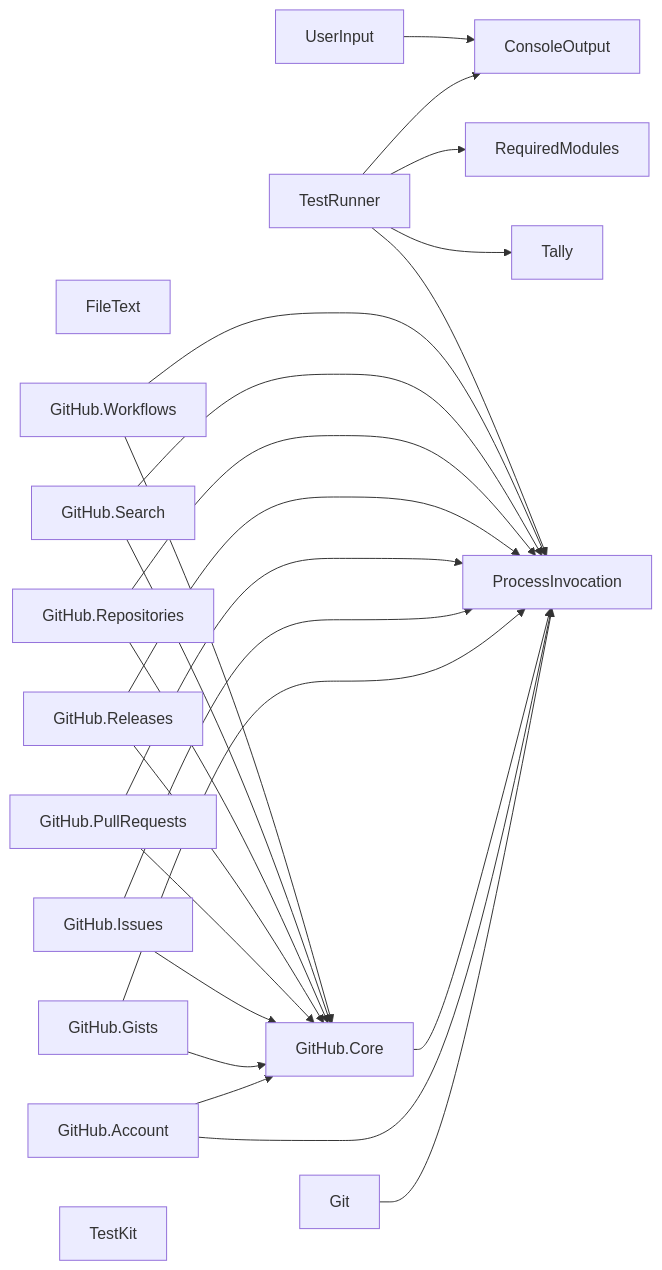
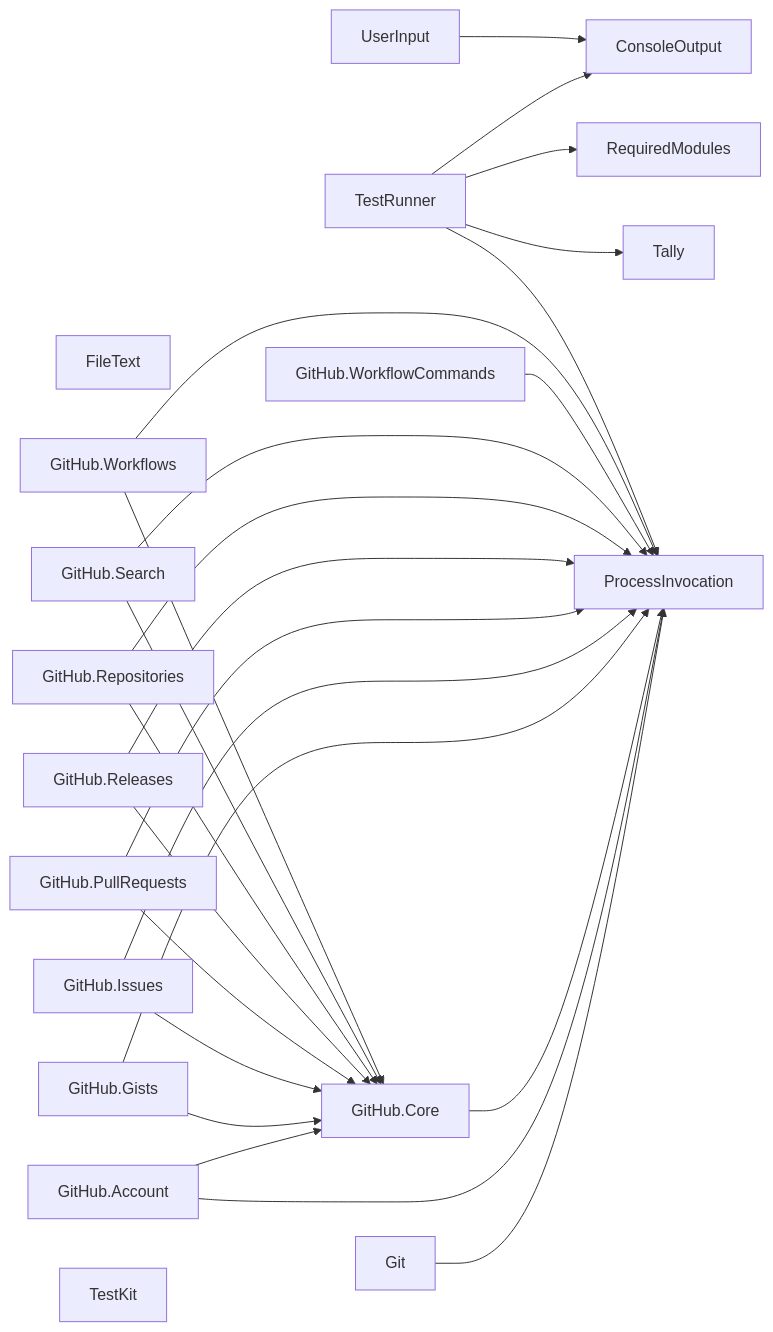
Before and after one commit to TaffarelJr/powershell-modules: the diagram in README.md, drawn with Mermaid. The commit also changed other lines of this file and 32 other files, not shown here.

First line of the commit message:
feat: add the TaffarelJr.GitHub.WorkflowCommands module

````diff
--- a/README.md
+++ b/README.md
@@ -41,45 +42,47 @@
 ```mermaid
 graph LR
     ConsoleOutput["ConsoleOutput"]
     FileText["FileText"]
     Git["Git"]
     GitHubAccount["GitHub.Account"]
     GitHubCore["GitHub.Core"]
     GitHubGists["GitHub.Gists"]
     GitHubIssues["GitHub.Issues"]
     GitHubPullRequests["GitHub.PullRequests"]
     GitHubReleases["GitHub.Releases"]
     GitHubRepositories["GitHub.Repositories"]
     GitHubSearch["GitHub.Search"]
+    GitHubWorkflowCommands["GitHub.WorkflowCommands"]
     GitHubWorkflows["GitHub.Workflows"]
     ProcessInvocation["ProcessInvocation"]
     RequiredModules["RequiredModules"]
     Tally["Tally"]
     TestKit["TestKit"]
     TestRunner["TestRunner"]
     UserInput["UserInput"]
 
     Git --> ProcessInvocation
     GitHubAccount --> GitHubCore
     GitHubAccount --> ProcessInvocation
     GitHubCore --> ProcessInvocation
     GitHubGists --> GitHubCore
     GitHubGists --> ProcessInvocation
     GitHubIssues --> GitHubCore
     GitHubIssues --> ProcessInvocation
     GitHubPullRequests --> GitHubCore
     GitHubPullRequests --> ProcessInvocation
     GitHubReleases --> GitHubCore
     GitHubReleases --> ProcessInvocation
     GitHubRepositories --> GitHubCore
     GitHubRepositories --> ProcessInvocation
     GitHubSearch --> GitHubCore
     GitHubSearch --> ProcessInvocation
+    GitHubWorkflowCommands --> ProcessInvocation
     GitHubWorkflows --> GitHubCore
     GitHubWorkflows --> ProcessInvocation
     TestRunner --> ConsoleOutput
     TestRunner --> ProcessInvocation
     TestRunner --> RequiredModules
     TestRunner --> Tally
     UserInput --> ConsoleOutput
 ```
````
